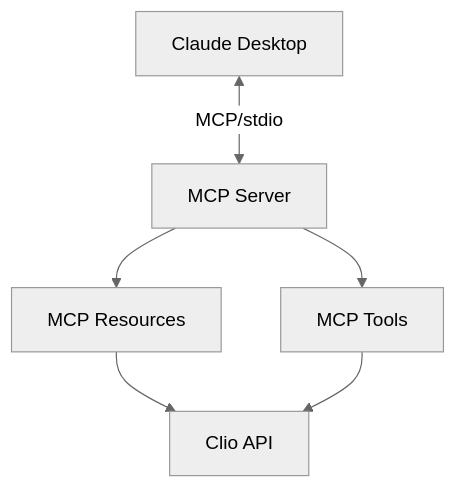
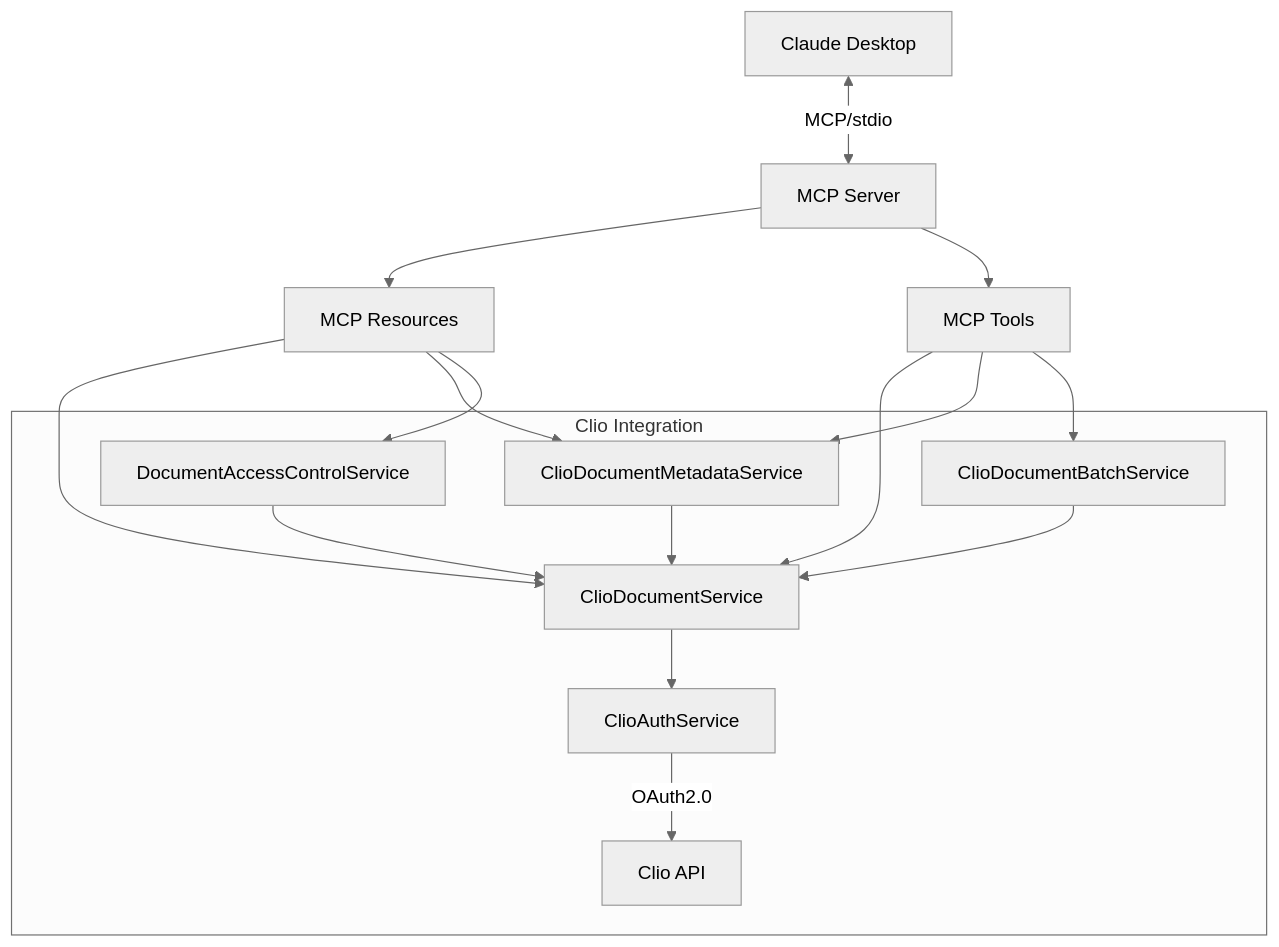
The diagram in README.md (protomated/legal-context), drawn with Mermaid (neutral theme) before and after one commit. The commit also changed other lines of this file, not shown here.

First line of the commit message:
Enhance README with Clio API integration details

````diff
--- a/README.md
+++ b/README.md
@@ -143,8 +169,21 @@
 ```mermaid
 graph TB
     Claude[Claude Desktop] <--> |MCP/stdio| MCP[MCP Server]
     MCP --> Resources[MCP Resources]
     MCP --> Tools[MCP Tools]
-    Resources --> Clio[Clio API]
-    Tools --> Clio
+    
+    subgraph Clio Integration
+        Auth[ClioAuthService] --> |OAuth2.0| Clio[Clio API]
+        DocService[ClioDocumentService] --> Auth
+        MetaService[ClioDocumentMetadataService] --> DocService
+        BatchService[ClioDocumentBatchService] --> DocService
+        AccessControl[DocumentAccessControlService] --> DocService
+    end
+    
+    Resources --> DocService
+    Resources --> MetaService
+    Resources --> AccessControl
+    Tools --> DocService
+    Tools --> MetaService
+    Tools --> BatchService
 ```
````
